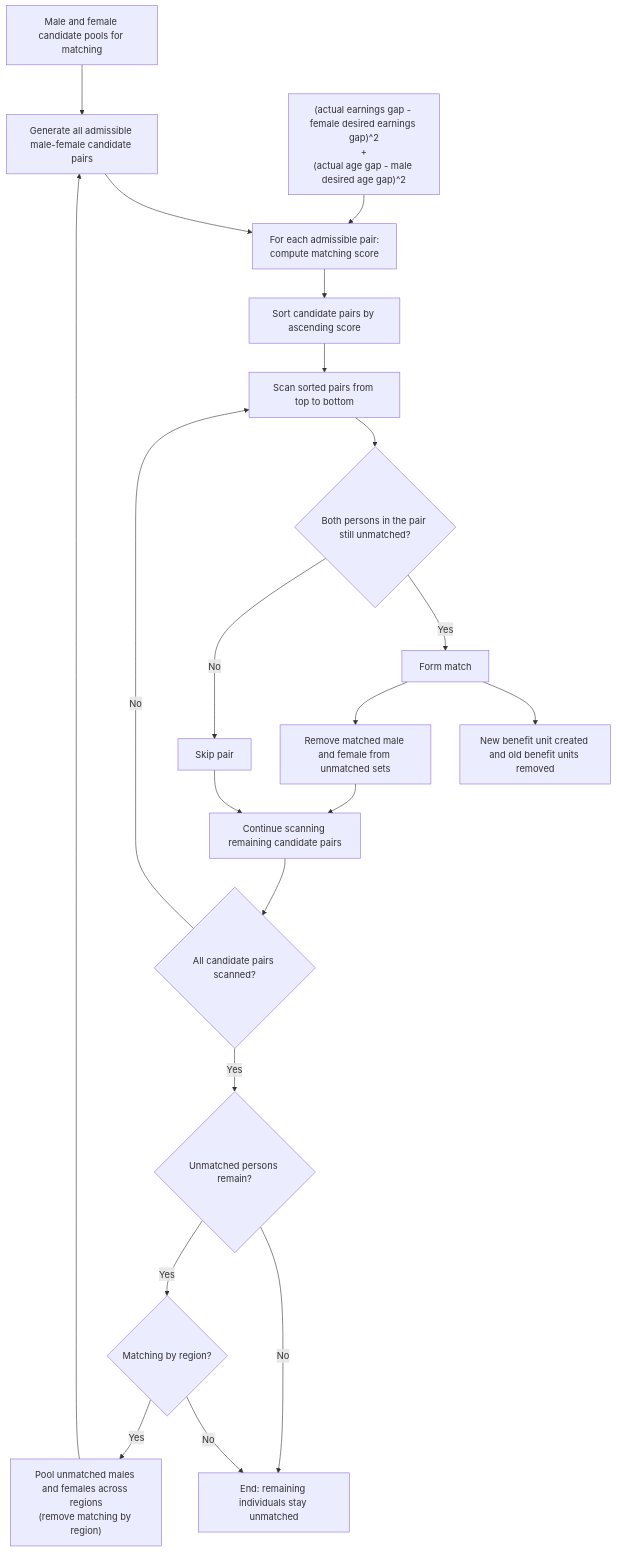
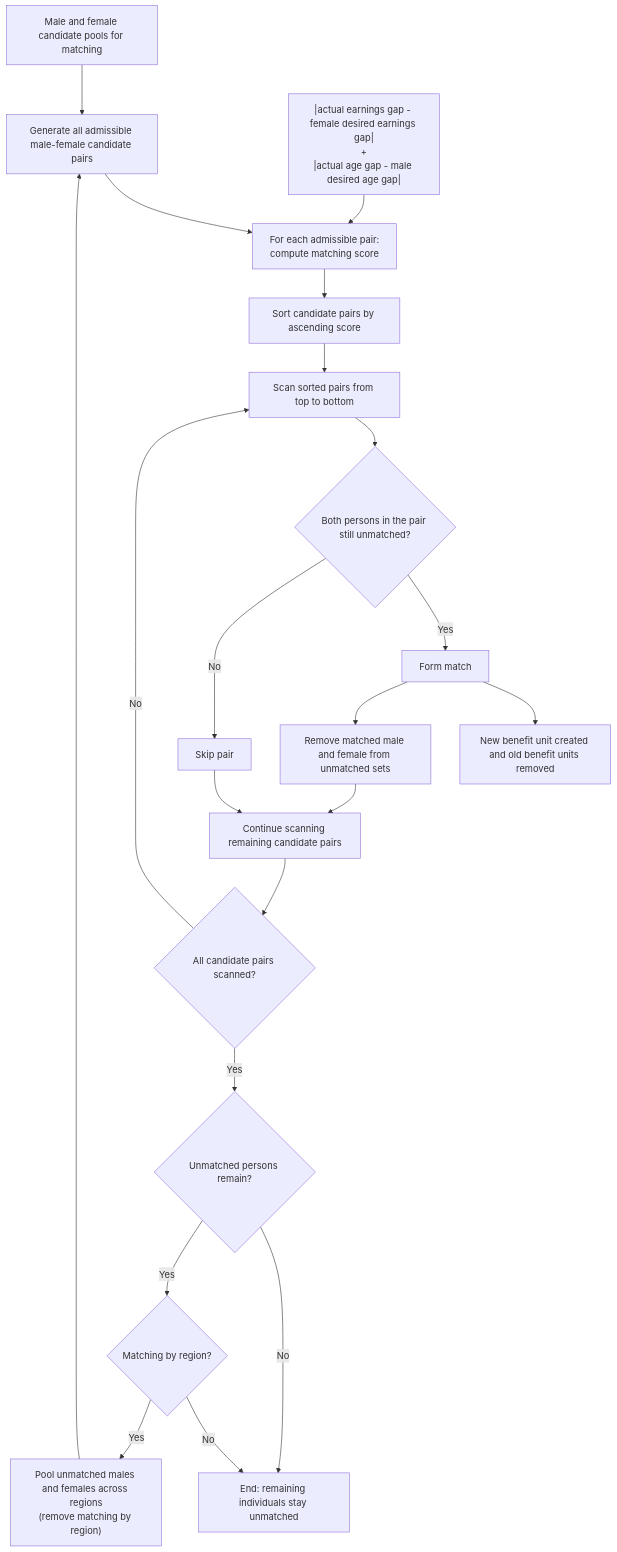
Before and after one commit to centreformicrosimulation/SimPaths: the diagram in documentation/flowcharts/modules/union_matching.md, drawn with Mermaid. The commit also changed other lines of this file and 2 other files, not shown here.

Commit message:
Adjust inSchool age threshold in Person.inSchool

````diff
--- a/documentation/flowcharts/modules/union_matching.md
+++ b/documentation/flowcharts/modules/union_matching.md
@@ -13,28 +13,28 @@
 ```mermaid
 flowchart TD
     A["Male and female candidate pools for matching"] --> B["Generate all admissible male-female candidate pairs"]
     J["Pool unmatched males and females across regions<br/>(remove matching by region)"] --> B
 
     B --> C["For each admissible pair:<br/>compute matching score"]
-    S["(actual earnings gap - female desired earnings gap)^2<br/>+<br/>(actual age gap - male desired age gap)^2"] --> C
+    S["|actual earnings gap - female desired earnings gap|<br/>+<br/>|actual age gap - male desired age gap|"] --> C
 
     C --> D["Sort candidate pairs by ascending score"]
     D --> E["Scan sorted pairs from top to bottom"]
     E --> F{"Both persons in the pair still unmatched?"}
 
     F -- Yes --> G["Form match"]
     G --> H["New benefit unit created and old benefit units removed"]
     G --> I["Remove matched male and female from unmatched sets"]
     I --> K["Continue scanning remaining candidate pairs"]
 
     F -- No --> L["Skip pair"]
     L --> K
 
     K --> M{"All candidate pairs scanned?"}
     M -- No --> E
     M -- Yes --> N{"Unmatched persons remain?"}
     N -- No --> O["End: remaining individuals stay unmatched"]
     N -- Yes --> P{"Matching by region?"}
     P -- No --> O
     P -- Yes --> J
 ```
````
